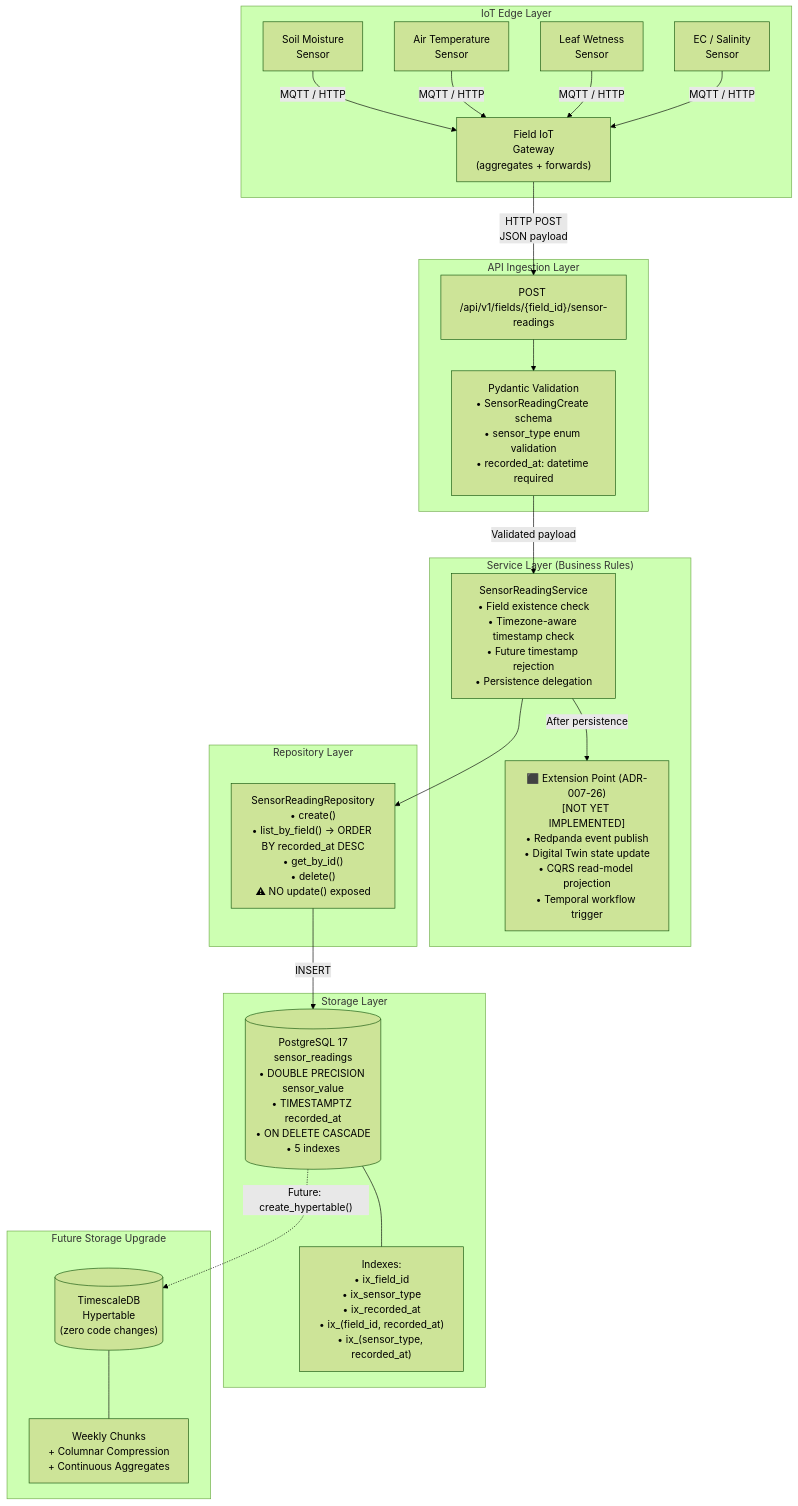
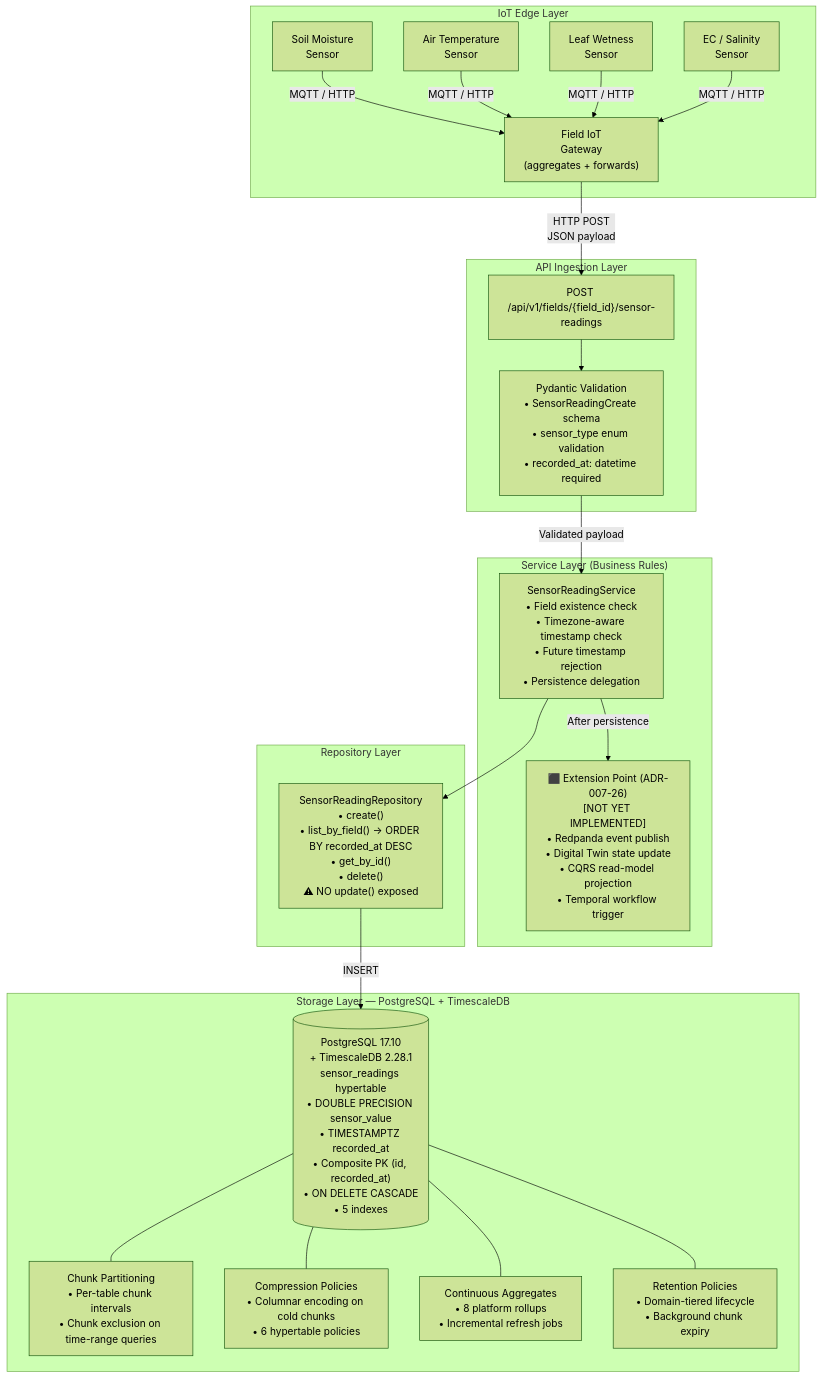
Before and after one commit to santoshnarayanan/AGRIFLOW-AI: the eighth of 19 diagrams in docs/09-architecture-diagrams.md, drawn with Mermaid (forest theme). The commit also changed other lines of this file, not shown here.

Commit message:
Phase 12 - docs: archiecture diagrams updated

````diff
--- a/docs/09-architecture-diagrams.md
+++ b/docs/09-architecture-diagrams.md
@@ -592,45 +620,44 @@
 ```mermaid
 graph TB
     subgraph "IoT Edge Layer"
         S1["Soil Moisture\nSensor"]
         S2["Air Temperature\nSensor"]
         S3["Leaf Wetness\nSensor"]
         S4["EC / Salinity\nSensor"]
         GW["Field IoT\nGateway\n(aggregates + forwards)"]
         S1 & S2 & S3 & S4 -->|"MQTT / HTTP"| GW
     end
 
     subgraph "API Ingestion Layer"
         EP["POST /api/v1/fields/{field_id}/sensor-readings"]
         VAL["Pydantic Validation\n• SensorReadingCreate schema\n• sensor_type enum validation\n• recorded_at: datetime required"]
     end
 
     subgraph "Service Layer (Business Rules)"
         SVC["SensorReadingService\n• Field existence check\n• Timezone-aware timestamp check\n• Future timestamp rejection\n• Persistence delegation"]
         EXT["⬛ Extension Point (ADR-007-26)\n[NOT YET IMPLEMENTED]\n• Redpanda event publish\n• Digital Twin state update\n• CQRS read-model projection\n• Temporal workflow trigger"]
     end
 
     subgraph "Repository Layer"
         REPO["SensorReadingRepository\n• create()\n• list_by_field() → ORDER BY recorded_at DESC\n• get_by_id()\n• delete()\n⚠ NO update() exposed"]
     end
 
-    subgraph "Storage Layer"
-        PG[("PostgreSQL 17\nsensor_readings\n• DOUBLE PRECISION sensor_value\n• TIMESTAMPTZ recorded_at\n• ON DELETE CASCADE\n• 5 indexes")]
-        IDX["Indexes:\n• ix_field_id\n• ix_sensor_type\n• ix_recorded_at\n• ix_(field_id, recorded_at)\n• ix_(sensor_type, recorded_at)"]
-    end
-
-    subgraph "Future Storage Upgrade"
-        TS[("TimescaleDB\nHypertable\n(zero code changes)")]
-        COMP["Weekly Chunks\n+ Columnar Compression\n+ Continuous Aggregates"]
+    subgraph "Storage Layer — PostgreSQL + TimescaleDB"
+        PG[("PostgreSQL 17.10\n+ TimescaleDB 2.28.1\nsensor_readings hypertable\n• DOUBLE PRECISION sensor_value\n• TIMESTAMPTZ recorded_at\n• Composite PK (id, recorded_at)\n• ON DELETE CASCADE\n• 5 indexes")]
+        CHUNK["Chunk Partitioning\n• Per-table chunk intervals\n• Chunk exclusion on time-range queries"]
+        COMP["Compression Policies\n• Columnar encoding on cold chunks\n• 6 hypertable policies"]
+        CA["Continuous Aggregates\n• 8 platform rollups\n• Incremental refresh jobs"]
+        RET["Retention Policies\n• Domain-tiered lifecycle\n• Background chunk expiry"]
     end
 
     GW -->|"HTTP POST\nJSON payload"| EP
     EP --> VAL
     VAL -->|"Validated payload"| SVC
     SVC -->|"After persistence"| EXT
     SVC --> REPO
     REPO -->|"INSERT"| PG
-    PG --- IDX
-    PG -.->|"Future: create_hypertable()"| TS
-    TS --- COMP
+    PG --- CHUNK
+    PG --- COMP
+    PG --- CA
+    PG --- RET
 ```
````
